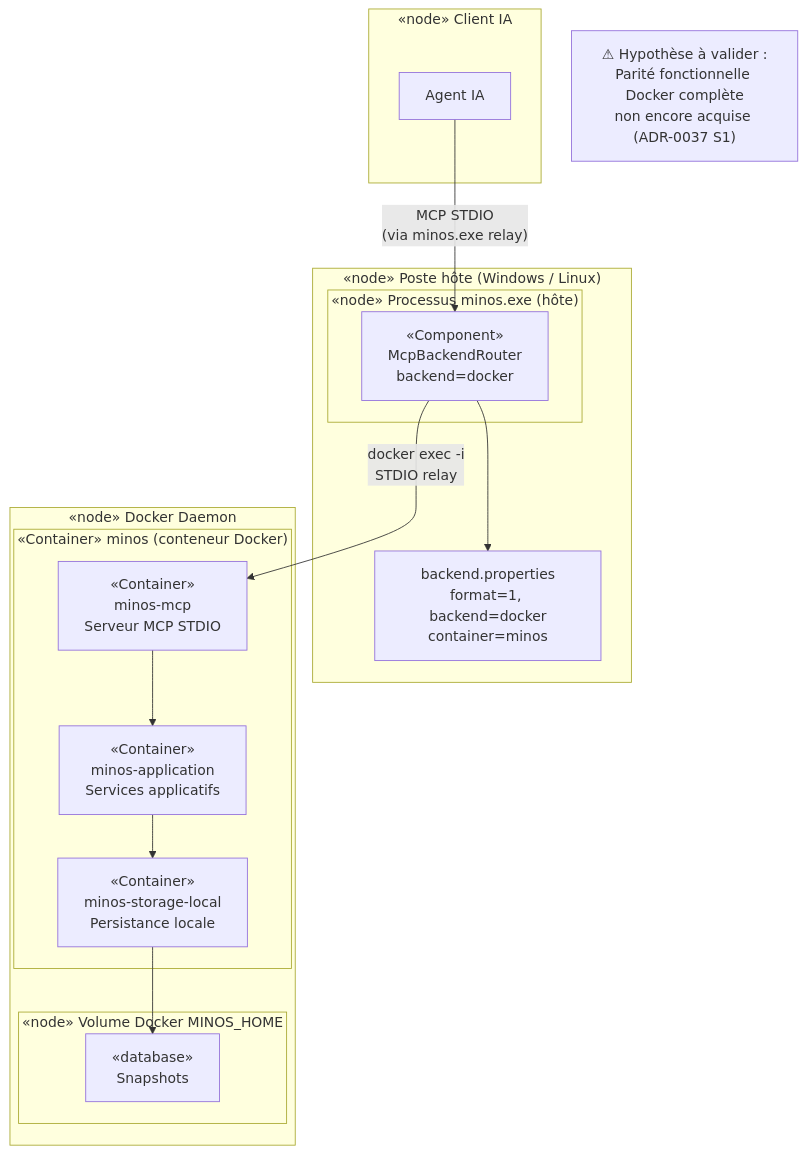
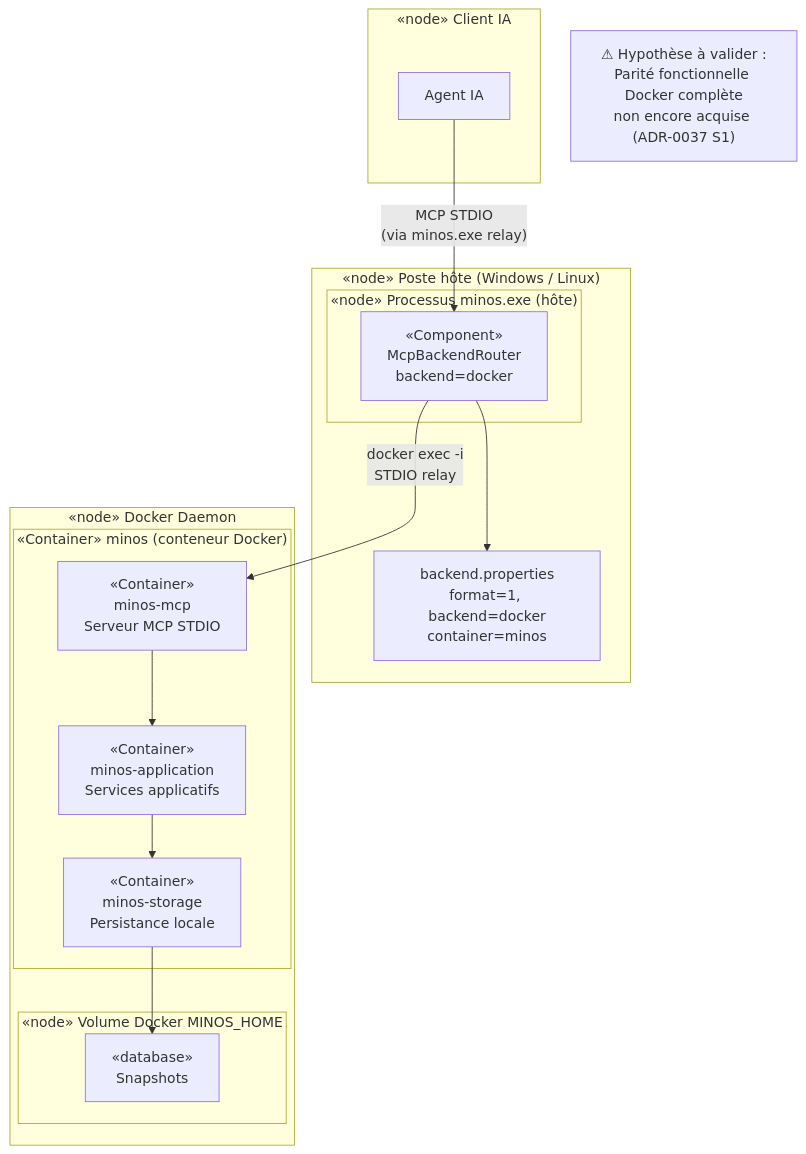
One commit to FTurleque/minos-code-intelligence changed the second of 2 diagrams in docs/architecture/arc42/07-vue-deploiement.md. Above: the diagram before and after it, drawn with Mermaid. The commit also changed other lines of this file and 23 other files, not shown here.

Commit message:
docs(architecture): décrire le module minos-storage (SH-02, ADR 0068 § 4)

````diff
--- a/docs/architecture/arc42/07-vue-deploiement.md
+++ b/docs/architecture/arc42/07-vue-deploiement.md
@@ -69,33 +69,33 @@
 ```mermaid
 graph TB
     subgraph node_host["«node» Poste hôte (Windows / Linux)"]
         subgraph proc_minos_host["«node» Processus minos.exe (hôte)"]
             router_host["«Component»\nMcpBackendRouter\nbackend=docker"]
         end
         backend_cfg_host["backend.properties\nformat=1, backend=docker\ncontainer=minos"]
         router_host --> backend_cfg_host
     end
 
     subgraph node_docker["«node» Docker Daemon"]
         subgraph ctr_minos["«Container» minos (conteneur Docker)"]
             mcp_docker["«Container»\nminos-mcp\nServeur MCP STDIO"]
             app_docker["«Container»\nminos-application\nServices applicatifs"]
-            storage_docker["«Container»\nminos-storage-local\nPersistance locale"]
+            storage_docker["«Container»\nminos-storage\nPersistance locale"]
         end
         subgraph vol_minos["«node» Volume Docker MINOS_HOME"]
             snap_docker["«database»\nSnapshots"]
         end
     end
 
     subgraph node_ai_d["«node» Client IA"]
         ai_client_d["Agent IA"]
     end
 
     ai_client_d -->|"MCP STDIO\n(via minos.exe relay)"| router_host
     router_host -->|"docker exec -i\nSTDIO relay"| mcp_docker
     mcp_docker --> app_docker
     app_docker --> storage_docker
     storage_docker --> snap_docker
 
     note_parité["⚠ Hypothèse à valider :\nParité fonctionnelle Docker complète\nnon encore acquise (ADR-0037 S1)"]
 ```
````
